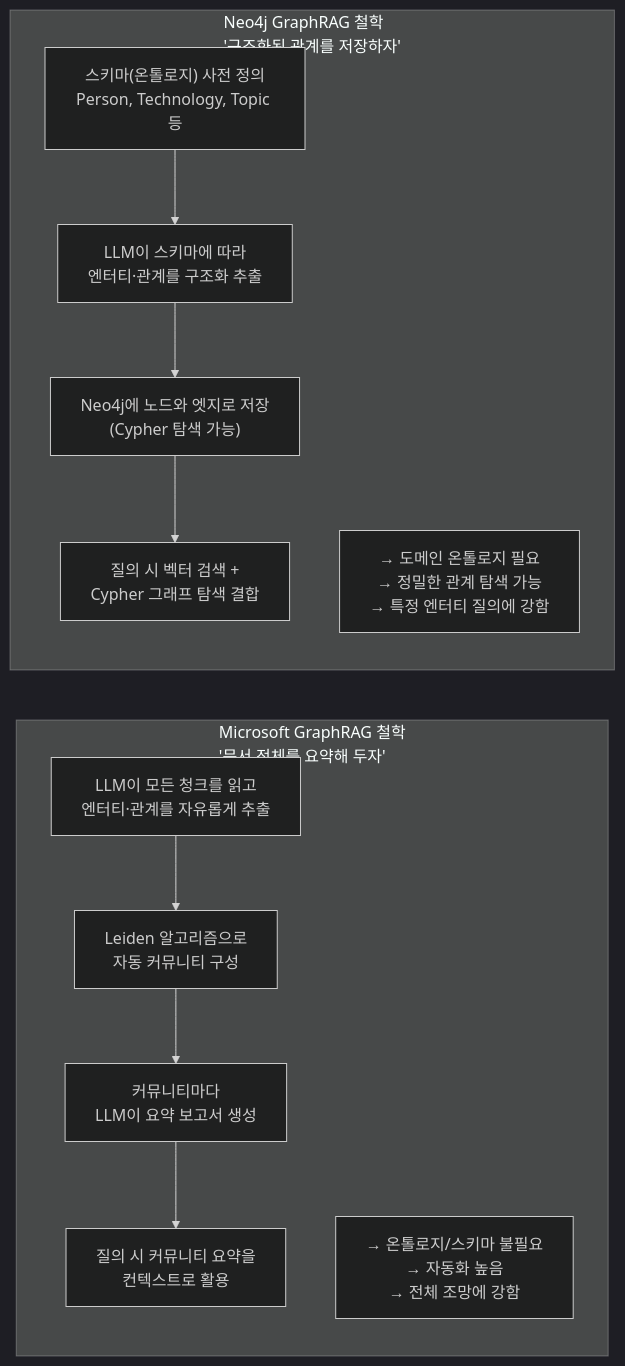
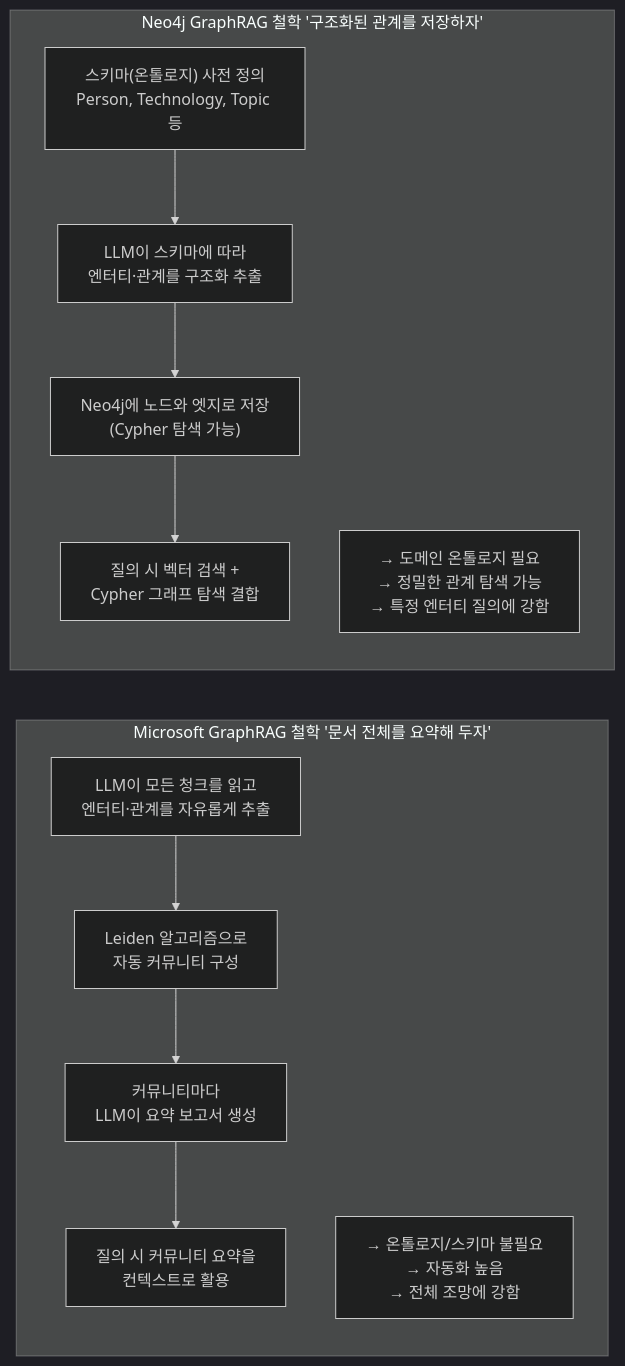
Before and after one commit to k82022603/k82022603.github.io: the second of 12 diagrams in _posts/2026-05-18-microsoft-graphrag-vs.-neo4j-graphrag.md, drawn with Mermaid (dark theme). The commit also changed other lines of this file and 6 other files, not shown here.

````diff
--- a/_posts/2026-05-18-microsoft-graphrag-vs.-neo4j-graphrag.md
+++ b/_posts/2026-05-18-microsoft-graphrag-vs.-neo4j-graphrag.md
@@ -89,22 +89,22 @@
 ```mermaid
 flowchart LR
-    subgraph MS_PHIL["Microsoft GraphRAG 철학\n'문서 전체를 요약해 두자'"]
+    subgraph MS_PHIL["Microsoft GraphRAG 철학 '문서 전체를 요약해 두자'"]
         direction TB
         MP1["LLM이 모든 청크를 읽고\n엔터티·관계를 자유롭게 추출"]
         MP2["Leiden 알고리즘으로\n자동 커뮤니티 구성"]
         MP3["커뮤니티마다\nLLM이 요약 보고서 생성"]
         MP4["질의 시 커뮤니티 요약을\n컨텍스트로 활용"]
         MP1 --> MP2 --> MP3 --> MP4
         MS_NOTE["→ 온톨로지/스키마 불필요\n→ 자동화 높음\n→ 전체 조망에 강함"]
     end
 
-    subgraph NEO_PHIL["Neo4j GraphRAG 철학\n'구조화된 관계를 저장하자'"]
+    subgraph NEO_PHIL["Neo4j GraphRAG 철학 '구조화된 관계를 저장하자'"]
         direction TB
         NP1["스키마(온톨로지) 사전 정의\nPerson, Technology, Topic 등"]
         NP2["LLM이 스키마에 따라\n엔터티·관계를 구조화 추출"]
         NP3["Neo4j에 노드와 엣지로 저장\n(Cypher 탐색 가능)"]
         NP4["질의 시 벡터 검색 +\nCypher 그래프 탐색 결합"]
         NP1 --> NP2 --> NP3 --> NP4
         NEO_NOTE["→ 도메인 온톨로지 필요\n→ 정밀한 관계 탐색 가능\n→ 특정 엔터티 질의에 강함"]
     end
 ```
````
